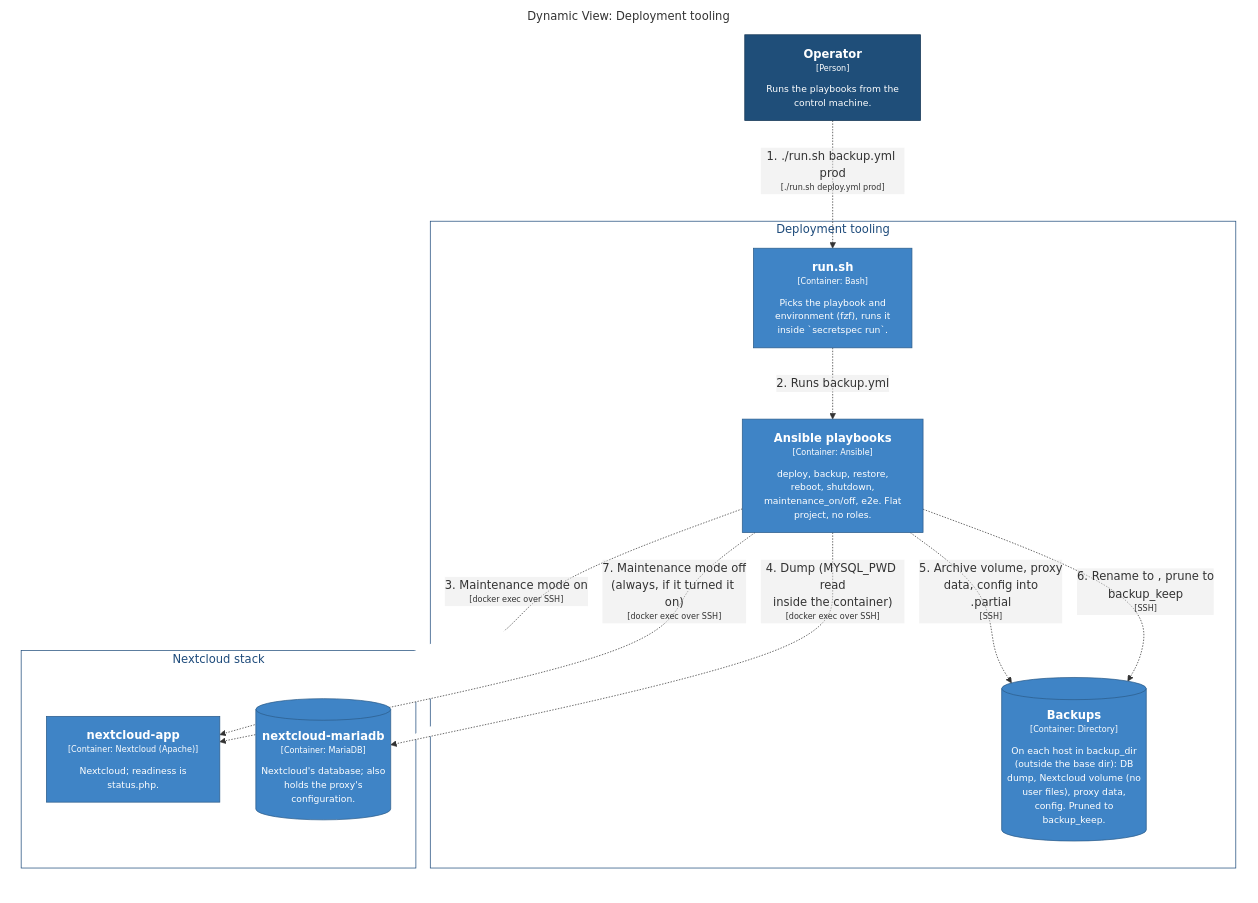
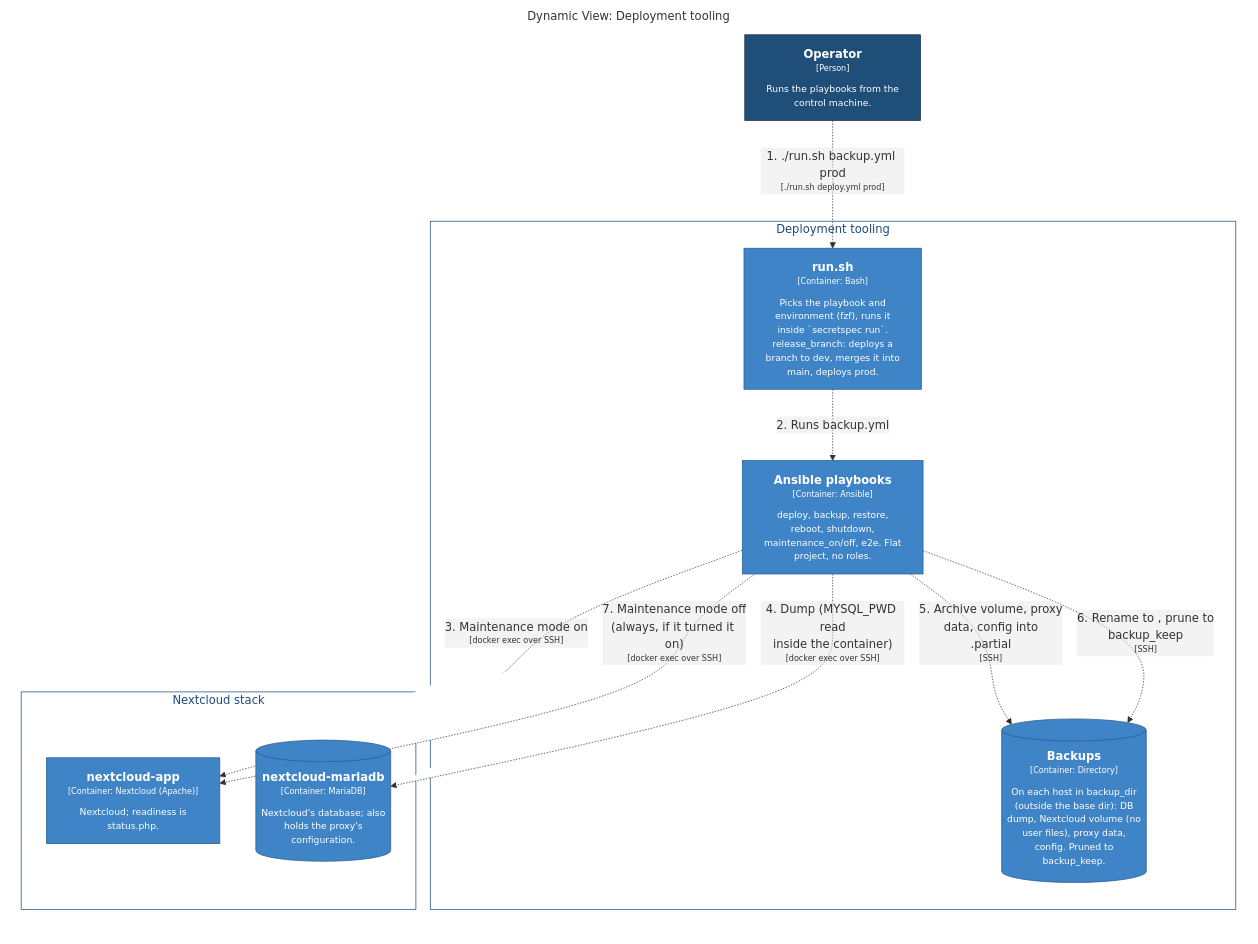
The diagram in doc/architecture/diagrams/structurizr-BackupFlow.mmd (shoden/homelab), drawn with Mermaid before and after one commit. The commit also changed 14 other files, not shown here.

```diff
--- a/doc/architecture/diagrams/structurizr-BackupFlow.mmd
+++ b/doc/architecture/diagrams/structurizr-BackupFlow.mmd
@@ -1,38 +1,38 @@
 graph LR
   linkStyle default fill:#ffffff
 
   subgraph diagram ["Dynamic View: Deployment tooling"]
     style diagram fill:#ffffff,stroke:#ffffff
 
     subgraph 35 ["Deployment tooling"]
       style 35 fill:#ffffff,stroke:#1e4b7b,color:#1e4b7b
 
-      36["<div style='font-weight: bold'>run.sh</div><div style='font-size: 70%; margin-top: 0px'>[Container: Bash]</div><div style='font-size: 80%; margin-top:10px'>Picks the playbook and<br />environment (fzf), runs it<br />inside `secretspec run`.</div>"]
+      36["<div style='font-weight: bold'>run.sh</div><div style='font-size: 70%; margin-top: 0px'>[Container: Bash]</div><div style='font-size: 80%; margin-top:10px'>Picks the playbook and<br />environment (fzf), runs it<br />inside `secretspec run`.<br />release_branch: deploys a<br />branch to dev, merges it into<br />main, deploys prod.</div>"]
       style 36 fill:#3f84c6,stroke:#2c5c8a,color:#ffffff
       37["<div style='font-weight: bold'>Ansible playbooks</div><div style='font-size: 70%; margin-top: 0px'>[Container: Ansible]</div><div style='font-size: 80%; margin-top:10px'>deploy, backup, restore,<br />reboot, shutdown,<br />maintenance_on/off, e2e. Flat<br />project, no roles.</div>"]
       style 37 fill:#3f84c6,stroke:#2c5c8a,color:#ffffff
       47[("<div style='font-weight: bold'>Backups</div><div style='font-size: 70%; margin-top: 0px'>[Container: Directory]</div><div style='font-size: 80%; margin-top:10px'>On each host in backup_dir<br />(outside the base dir): DB<br />dump, Nextcloud volume (no<br />user files), proxy data,<br />config. Pruned to<br />backup_keep.</div>")]
       style 47 fill:#3f84c6,stroke:#2c5c8a,color:#ffffff
     end
 
     subgraph 8 ["Nextcloud stack"]
       style 8 fill:#ffffff,stroke:#1e4b7b,color:#1e4b7b
 
       10["<div style='font-weight: bold'>nextcloud-app</div><div style='font-size: 70%; margin-top: 0px'>[Container: Nextcloud (Apache)]</div><div style='font-size: 80%; margin-top:10px'>Nextcloud; readiness is<br />status.php.</div>"]
       style 10 fill:#3f84c6,stroke:#2c5c8a,color:#ffffff
       11[("<div style='font-weight: bold'>nextcloud-mariadb</div><div style='font-size: 70%; margin-top: 0px'>[Container: MariaDB]</div><div style='font-size: 80%; margin-top:10px'>Nextcloud's database; also<br />holds the proxy's<br />configuration.</div>")]
       style 11 fill:#3f84c6,stroke:#2c5c8a,color:#ffffff
     end
 
     1["<div style='font-weight: bold'>Operator</div><div style='font-size: 70%; margin-top: 0px'>[Person]</div><div style='font-size: 80%; margin-top:10px'>Runs the playbooks from the<br />control machine.</div>"]
     style 1 fill:#1f4e79,stroke:#153654,color:#ffffff
 
     1-. "<div>1. ./run.sh backup.yml prod</div><div style='font-size: 70%'>[./run.sh deploy.yml prod]</div>" .->36
     36-. "<div>2. Runs backup.yml</div><div style='font-size: 70%'></div>" .->37
     37-. "<div>3. Maintenance mode on</div><div style='font-size: 70%'>[docker exec over SSH]</div>" .->10
     37-. "<div>4. Dump (MYSQL_PWD read<br />inside the container)</div><div style='font-size: 70%'>[docker exec over SSH]</div>" .->11
     37-. "<div>5. Archive volume, proxy<br />data, config into<br /><ts>.partial</div><div style='font-size: 70%'>[SSH]</div>" .->47
     37-. "<div>6. Rename to <ts>, prune to<br />backup_keep</div><div style='font-size: 70%'>[SSH]</div>" .->47
     37-. "<div>7. Maintenance mode off<br />(always, if it turned it on)</div><div style='font-size: 70%'>[docker exec over SSH]</div>" .->10
 
   end
```
